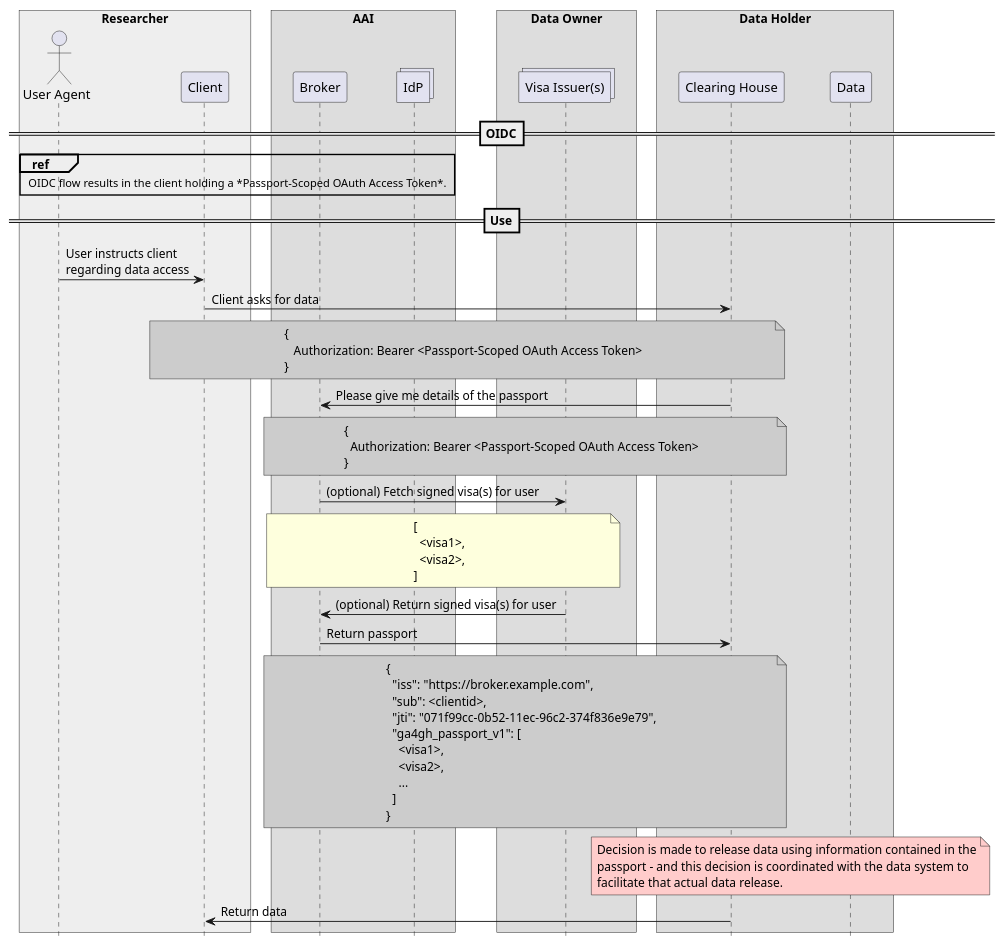
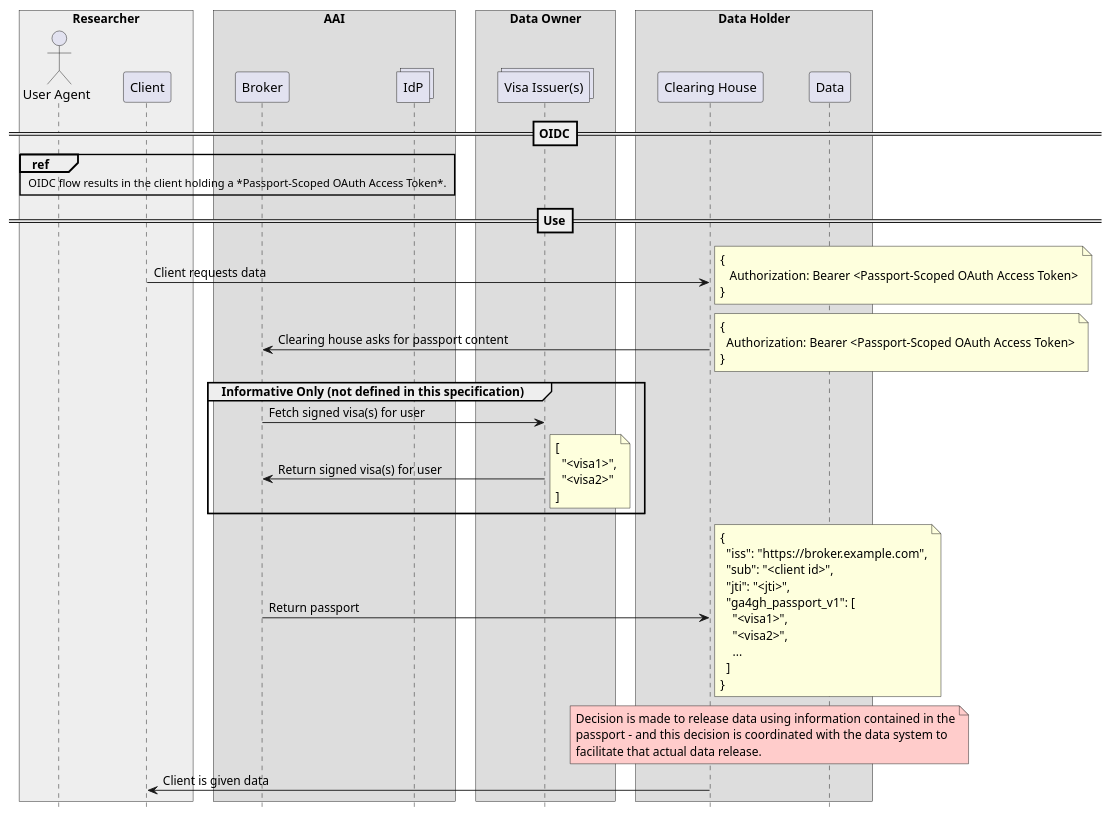
The first of 2 diagrams in AAI/AAIConnectProfile.md (ga4gh/data-security), drawn with PlantUML before and after one commit. The commit also changed other lines of this file, not shown here.

Commit message:
changed sequence diagram notes to be aligned on interaction arrow rows changed some wording

```diff
--- a/AAI/AAIConnectProfile.md
+++ b/AAI/AAIConnectProfile.md
@@ -831,83 +831,83 @@
 {% plantuml %}
 
 hide footbox
 skinparam BoxPadding 10
 skinparam ParticipantPadding 20
 
 box "Researcher"  #eee
 actor       "User Agent"                as user
 participant Client                      as client
 end box
 
 box "AAI"
 participant Broker                      as broker
 collections "IdP"                       as idps
 end box
 
 box "Data Owner"
 collections "Visa Issuer(s)"            as issuers
 end box
 
 box "Data Holder"
 participant "Clearing House"            as clearing
 participant "Data"                      as data
 end box
 
 ==OIDC==
 
 ref over user, client, broker, idps
 OIDC flow results in the client holding a *Passport-Scoped OAuth Access Token*.
 end ref
 
 ==Use==
 
-user -> client : User instructs client\nregarding data access
-client -> clearing : Client asks for data
-note over client, clearing  #CCCCCC
+client -> clearing : Client requests data
+note right 
 {
    Authorization: Bearer <Passport-Scoped OAuth Access Token>
 }
 end note
 
-clearing -> broker : Please give me details of the passport
-note over broker, clearing  #CCCCCC
+clearing -> broker : Clearing house asks for passport content
+note right 
 {
   Authorization: Bearer <Passport-Scoped OAuth Access Token>
 }
 end note
 
-broker -> issuers : (optional) Fetch signed visa(s) for user
-note over broker, issuers
-[
-  <visa1>,
-  <visa2>,
-]
-end note
-broker <- issuers : (optional) Return signed visa(s) for user
-
+group Informative Only (not defined in this specification)
+    broker -> issuers : Fetch signed visa(s) for user
+    broker <- issuers : Return signed visa(s) for user
+    note right
+    [
+      "<visa1>",
+      "<visa2>"
+    ]
+    end note
+end
 
 clearing <- broker : Return passport
-note over broker, clearing  #CCCCCC
+note right
 {
   "iss": "https://broker.example.com",
-  "sub": <clientid>,
-  "jti": "071f99cc-0b52-11ec-96c2-374f836e9e79",
+  "sub": "<client id>",
+  "jti": "<jti>",
   "ga4gh_passport_v1": [
-    <visa1>,
-    <visa2>,
+    "<visa1>",
+    "<visa2>",
     ...
   ]
 }
 end note
 
 
 note over clearing, data  #FFCCCB
 Decision is made to release data using information contained in the
 passport - and this decision is coordinated with the data system to
 facilitate that actual data release.
 end note
 
-client <- clearing : Return data
+client <- clearing : Client is given data
 
 
 {% endplantuml %}
```
